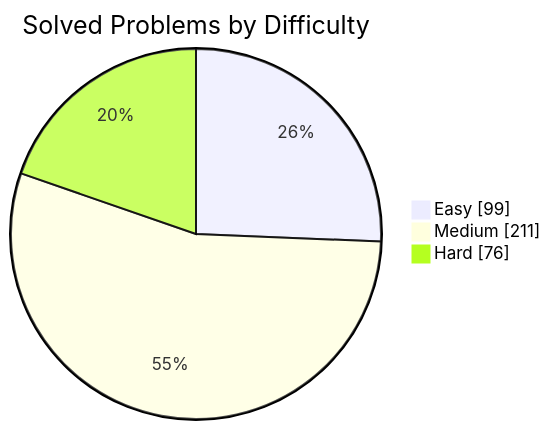
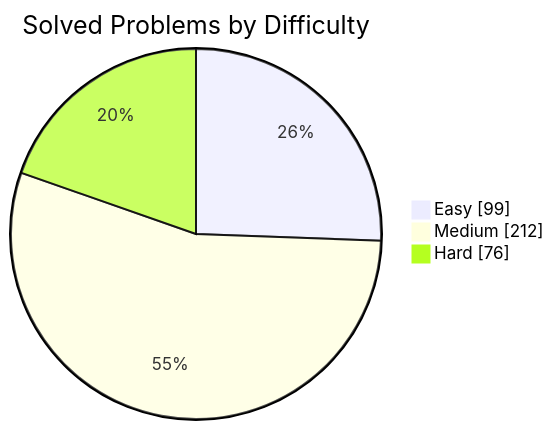
Before and after one commit to manikantbindass/DSA-Preparation-FAANG: the first of 2 diagrams in README.md, drawn with Mermaid. The commit also changed other lines of this file and 1 other file, not shown here.

````diff
--- a/README.md
+++ b/README.md
@@ -77,7 +77,7 @@
 ```mermaid
 pie showData
     title Solved Problems by Difficulty
     "Easy" : 99
-    "Medium" : 211
+    "Medium" : 212
     "Hard" : 76
 ```
````
